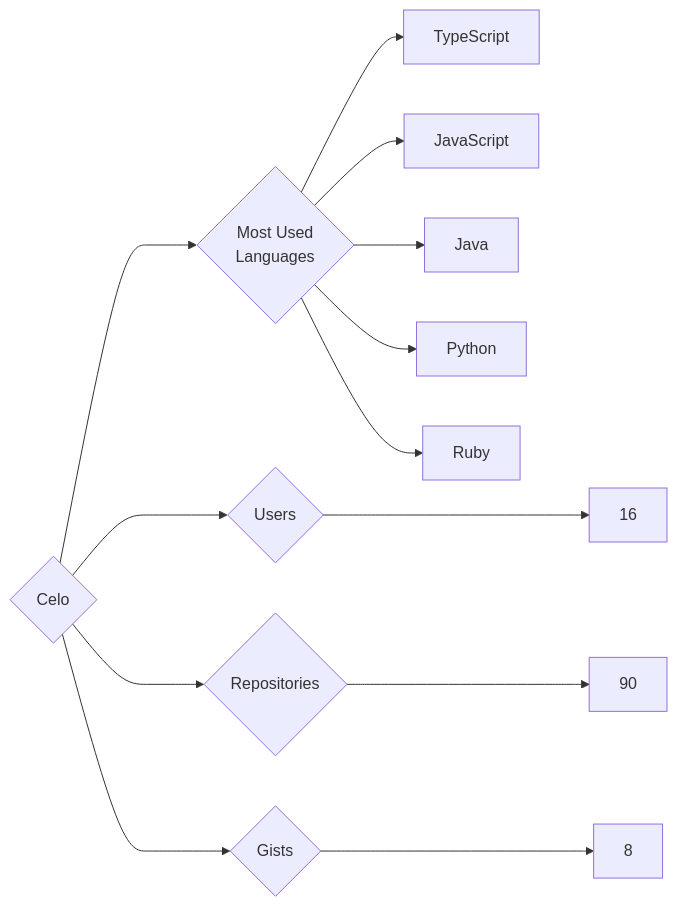
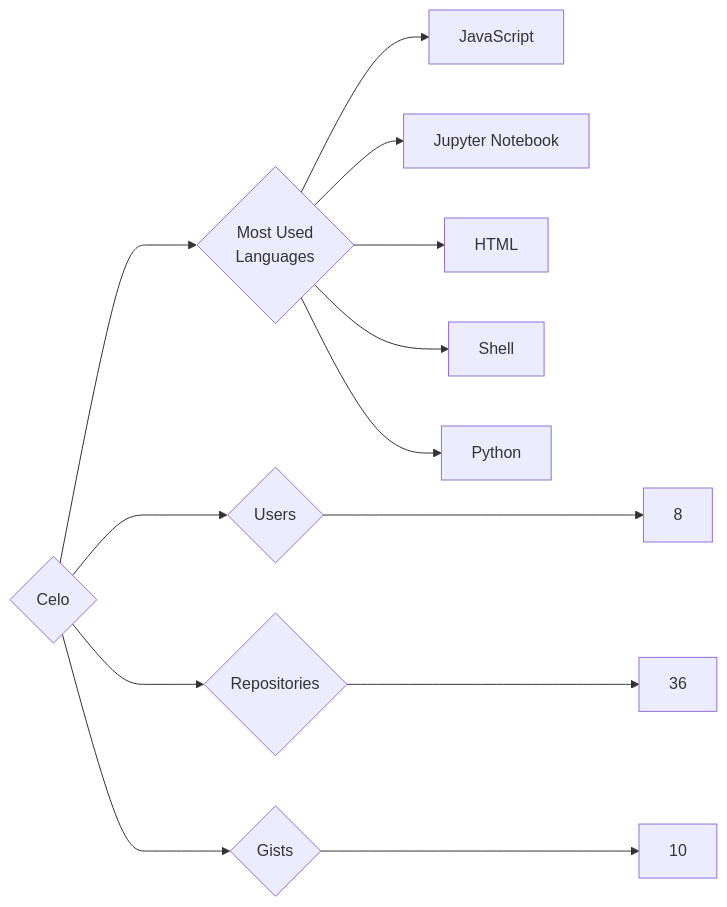
The diagram in targets/Celo/README.md (trickest/insiders), drawn with Mermaid before and after one commit. The commit also changed 782 other files, not shown here.

````diff
--- a/targets/Celo/README.md
+++ b/targets/Celo/README.md
@@ -3,13 +3,13 @@
 ```mermaid
 graph LR
 COMPANY_NAME{Celo}
-COMPANY_NAME ---> U{Users} ---> UN[16]
-COMPANY_NAME ---> R{Repositories} ---> RN[90]
-COMPANY_NAME ---> G{Gists} ---> GN[8]
+COMPANY_NAME ---> U{Users} ---> UN[8]
+COMPANY_NAME ---> R{Repositories} ---> RN[36]
+COMPANY_NAME ---> G{Gists} ---> GN[10]
 COMPANY_NAME ---> ML{Most Used<br>Languages}
-ML --> TypeScript[TypeScript]
 ML --> JavaScript[JavaScript]
-ML --> Java[Java]
+ML --> Jupyter_Notebook[Jupyter Notebook]
+ML --> HTML[HTML]
+ML --> Shell[Shell]
 ML --> Python[Python]
-ML --> Ruby[Ruby]
 ```
````
